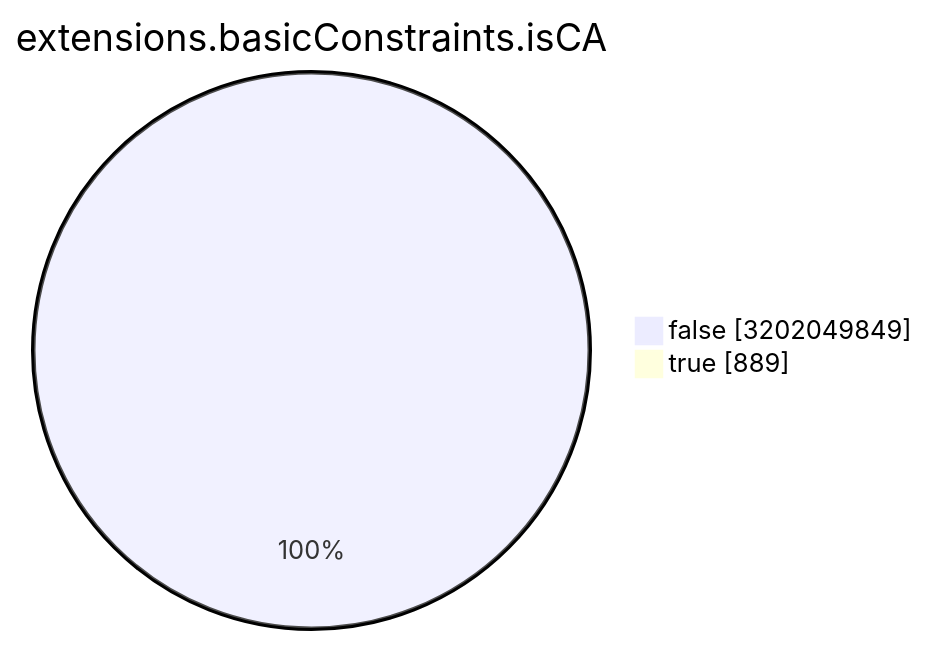
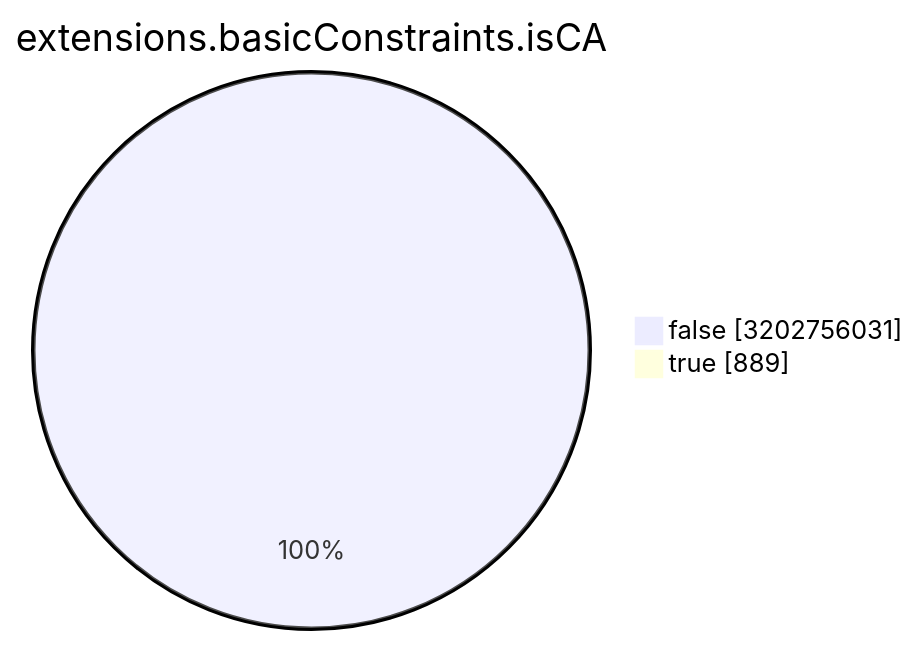
The seventh of 15 diagrams in TOTAL/README.md (christiankrug/ctmonitor_visualization), drawn with Mermaid before and after one commit. The commit also changed other lines of this file, not shown here.

````diff
--- a/TOTAL/README.md
+++ b/TOTAL/README.md
@@ -3088,6 +3088,6 @@
 ```mermaid
 pie showData
 title extensions.basicConstraints.isCA
-"false" :3202049849
+"false" :3202756031
 "true" :889
 ```
````
